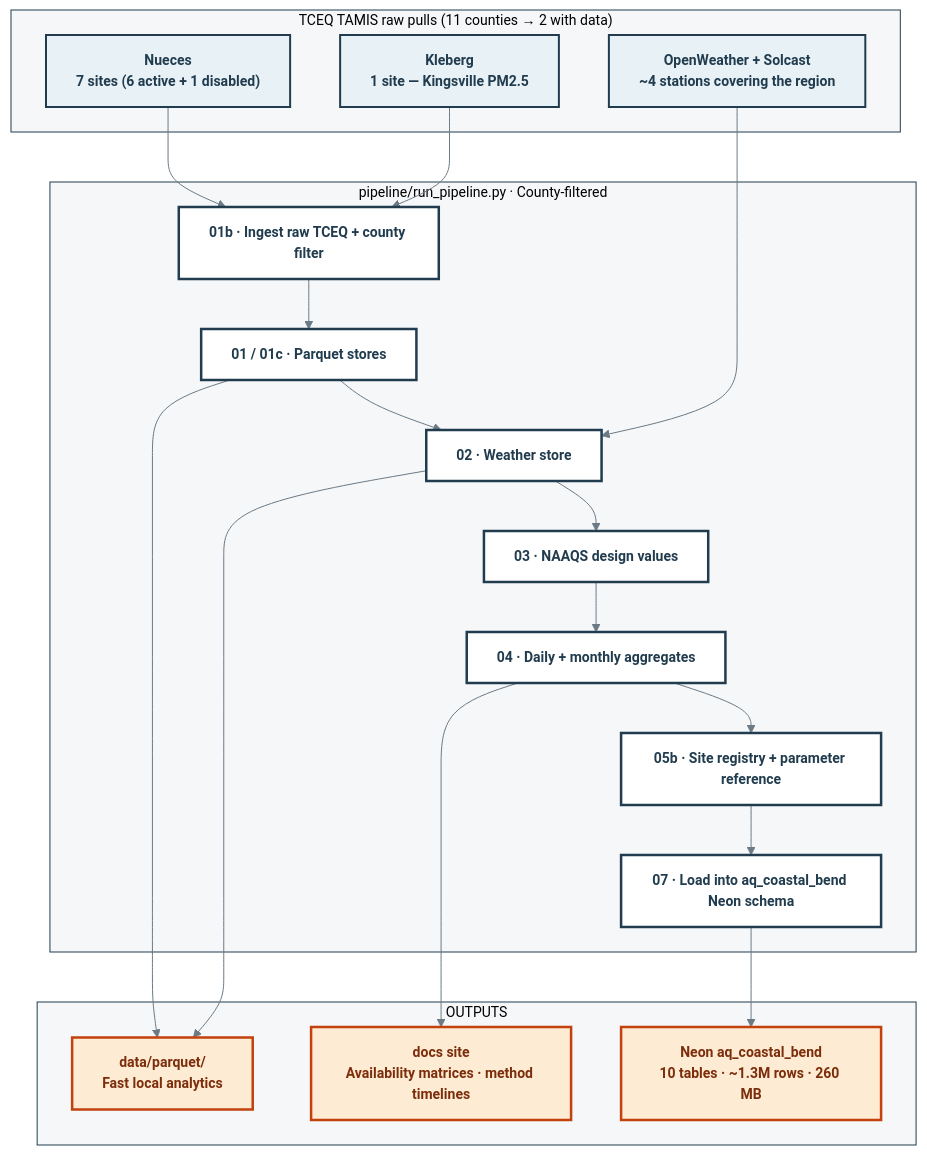
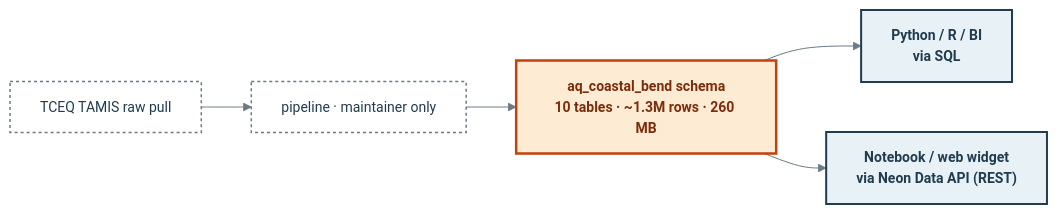
One commit to AidanJMeyers/coastal-bend-aq changed the diagram in pipeline/docs/index.md. Above: the diagram before and after it, drawn with Mermaid. The commit also changed other lines of this file and 11 other files, not shown here.

````diff
--- a/pipeline/docs/index.md
+++ b/pipeline/docs/index.md
@@ -44,51 +65,26 @@
 ```mermaid
 %%{init: {'theme':'base','themeVariables':{
     'fontFamily':'Arial, sans-serif',
     'fontSize':'14px',
     'primaryColor':'#FFFFFF',
     'primaryTextColor':'#213c4e',
     'primaryBorderColor':'#213c4e',
     'lineColor':'#6b7a85',
     'clusterBkg':'#F5F7F9',
     'clusterBorder':'#213c4e'
 }}}%%
-flowchart TD
-    classDef input  fill:#E8F1F5,stroke:#213c4e,stroke-width:2px,color:#213c4e,font-weight:600
-    classDef step   fill:#FFFFFF,stroke:#213c4e,stroke-width:2.5px,color:#213c4e,font-weight:600
-    classDef output fill:#FDEBD3,stroke:#c2410c,stroke-width:2.5px,color:#7c2d0b,font-weight:700
+flowchart LR
+    classDef db fill:#FDEBD3,stroke:#c2410c,stroke-width:2.5px,color:#7c2d0b,font-weight:700
+    classDef user fill:#E8F1F5,stroke:#213c4e,stroke-width:2px,color:#213c4e,font-weight:600
+    classDef pipe fill:#FFFFFF,stroke:#6b7a85,stroke-width:1.5px,color:#213c4e,stroke-dasharray:3 3
 
-    subgraph INPUTS["&nbsp;TCEQ TAMIS raw pulls (11 counties → 2 with data)&nbsp;"]
-        A1["<b>Nueces</b><br/>7 sites (6 active + 1 disabled)"]
-        A2["<b>Kleberg</b><br/>1 site — Kingsville PM2.5"]
-        A3["<b>OpenWeather + Solcast</b><br/>~4 stations covering the region"]
-    end
+    RAW["TCEQ TAMIS raw pull"]:::pipe
+    PIPE["pipeline · maintainer only"]:::pipe
+    NEON["<b>aq_coastal_bend schema</b><br/>10 tables · ~1.3M rows · 260 MB"]:::db
+    SQL["Python / R / BI<br/>via SQL"]:::user
+    REST["Notebook / web widget<br/>via Neon Data API (REST)"]:::user
 
-    subgraph PIPELINE["&nbsp;pipeline/run_pipeline.py · County-filtered&nbsp;"]
-        S1["01b · Ingest raw TCEQ + county filter"]
-        S2["01 / 01c · Parquet stores"]
-        S3["02 · Weather store"]
-        S4["03 · NAAQS design values"]
-        S5["04 · Daily + monthly aggregates"]
-        S6["05b · Site registry + parameter reference"]
-        S7["07 · Load into aq_coastal_bend Neon schema"]
-        S1 --> S2 --> S3 --> S4 --> S5 --> S6 --> S7
-    end
-
-    subgraph OUTPUTS["&nbsp;OUTPUTS&nbsp;"]
-        O1["<b>Neon aq_coastal_bend</b><br/>10 tables · ~1.3M rows · 260 MB"]
-        O2["<b>data/parquet/</b><br/>Fast local analytics"]
-        O3["<b>docs site</b><br/>Availability matrices · method timelines"]
-    end
-
-    A1 --> S1
-    A2 --> S1
-    A3 --> S3
-    S7 --> O1
-    S3 --> O2
-    S2 --> O2
-    S5 --> O3
-
-    class A1,A2,A3 input
-    class S1,S2,S3,S4,S5,S6,S7 step
-    class O1,O2,O3 output
+    RAW --> PIPE --> NEON
+    NEON --> SQL
+    NEON --> REST
 ```
````
